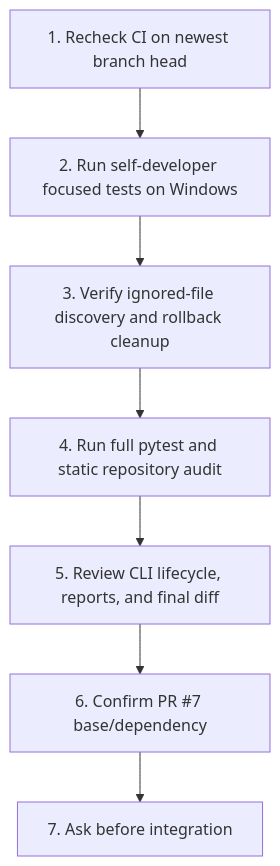
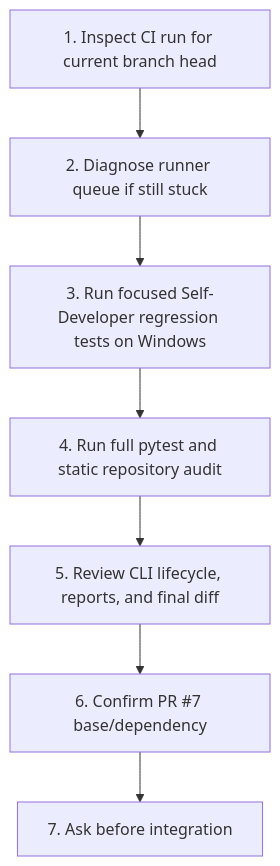
The sixth of 7 diagrams in README.md (deathkernel/TARA), drawn with Mermaid before and after one commit. The commit also changed other lines of this file and 2 other files, not shown here.

Commit message:
fix: scope self-developer intent-to-add paths

````diff
--- a/README.md
+++ b/README.md
@@ -132,9 +132,9 @@
 ```mermaid
 flowchart TD
-    N1[1. Recheck CI on newest branch head] --> N2[2. Run self-developer focused tests on Windows]
-    N2 --> N3[3. Verify ignored-file discovery and rollback cleanup]
+    N1[1. Inspect CI run for current branch head] --> N2[2. Diagnose runner queue if still stuck]
+    N2 --> N3[3. Run focused Self-Developer regression tests on Windows]
     N3 --> N4[4. Run full pytest and static repository audit]
     N4 --> N5[5. Review CLI lifecycle, reports, and final diff]
     N5 --> N6[6. Confirm PR #7 base/dependency]
     N6 --> N7[7. Ask before integration]
 ```
````
